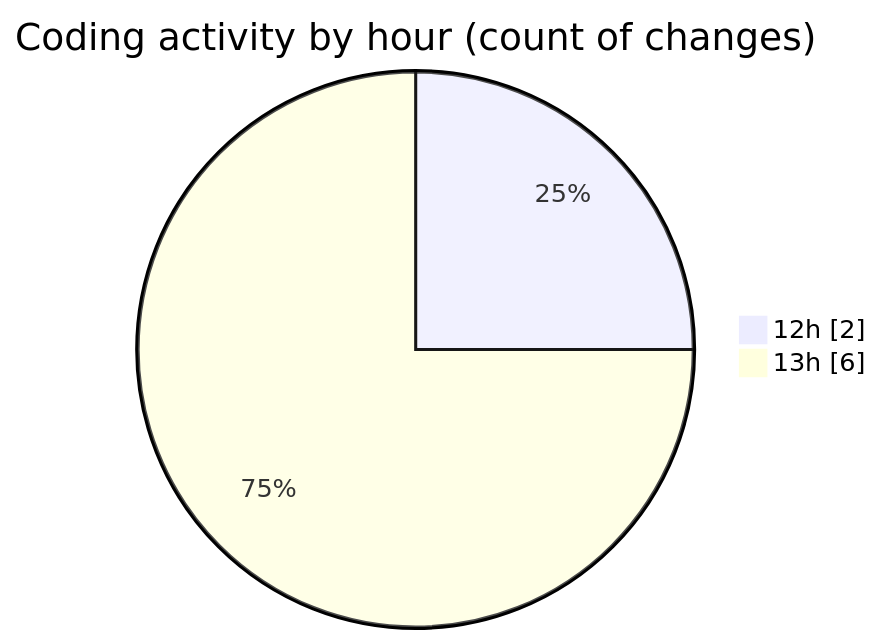
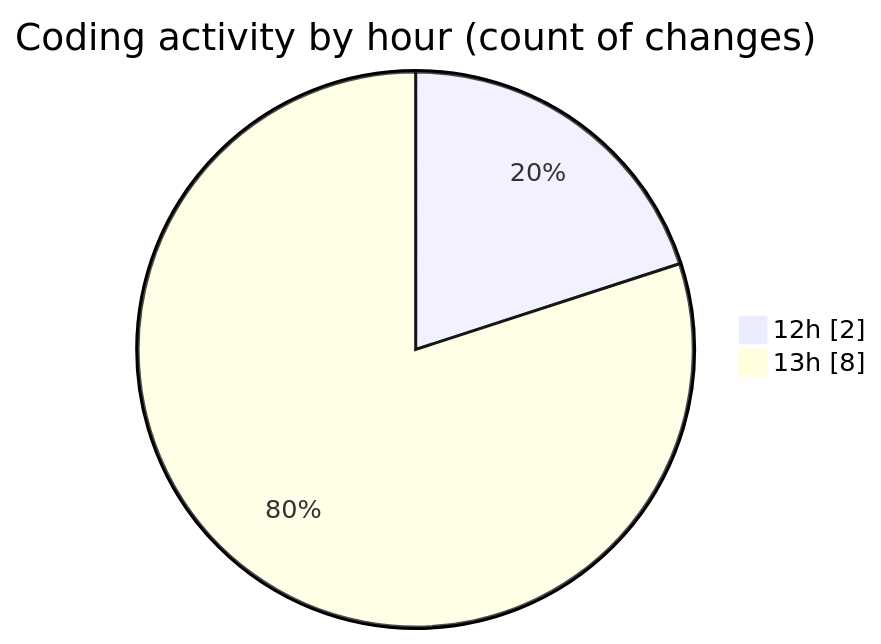
Before and after one commit to shibass792/code-tracking: the second of 2 diagrams in 2026-07-12/untitled__workspace_/README.md, drawn with Mermaid. The commit also changed other lines of this file and 1 other file, not shown here.

````diff
--- a/2026-07-12/untitled__workspace_/README.md
+++ b/2026-07-12/untitled__workspace_/README.md
@@ -28,6 +28,6 @@
 ```mermaid
 pie showData
 title Coding activity by hour (count of changes)
 "12h" : 2
-"13h" : 6
+"13h" : 8
 ```
````
